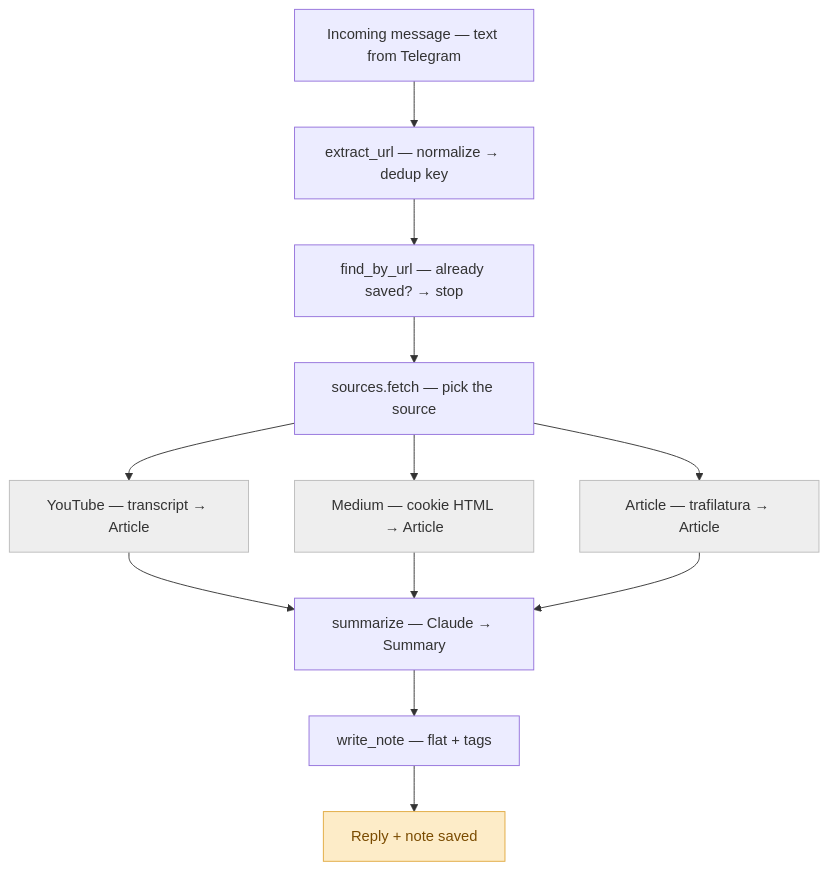
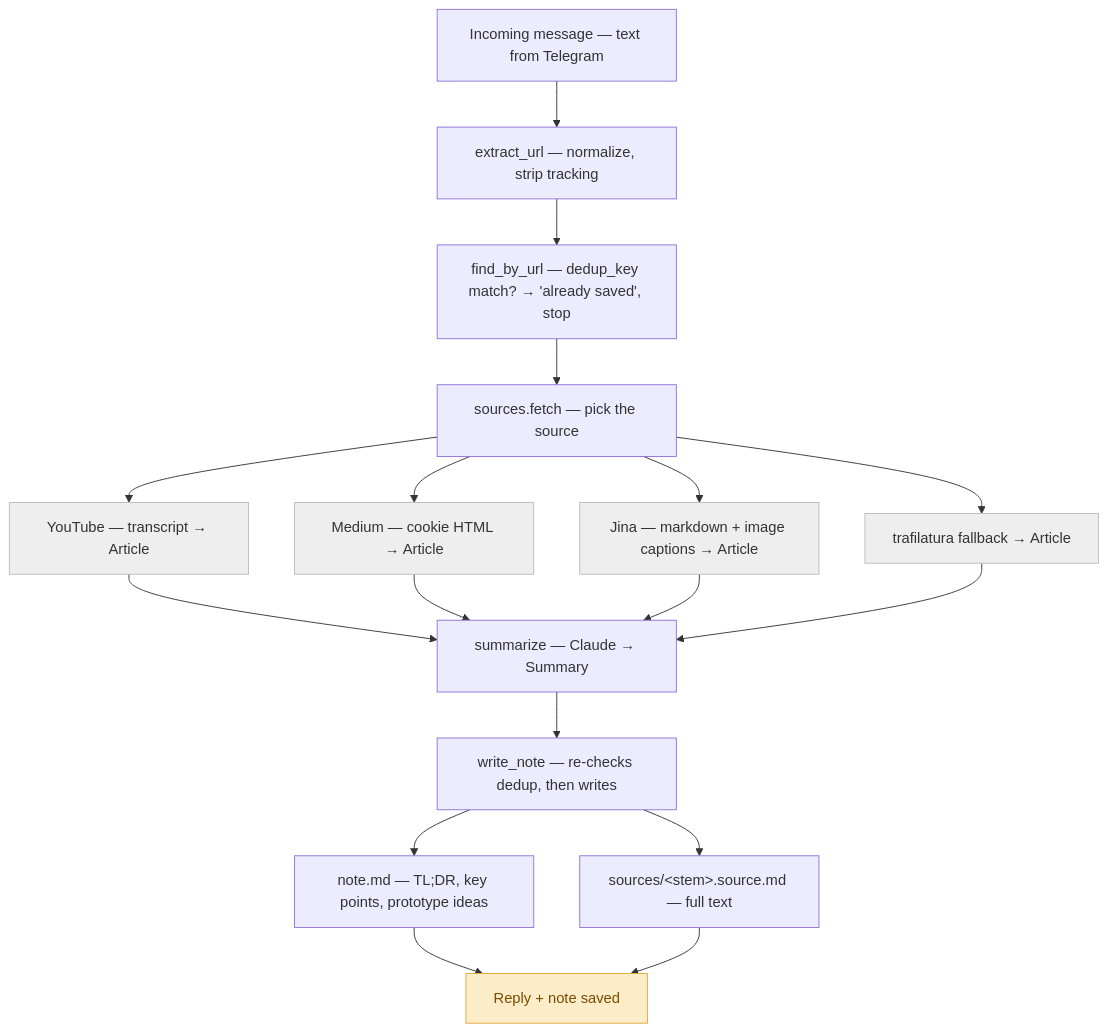
One commit to rhuanca/example-second-brain changed the second of 3 diagrams in README.md. Above: the diagram before and after it, drawn with Mermaid. The commit also changed other lines of this file and 3 other files, not shown here.

First line of the commit message:
docs: rewrite the architecture for what the system actually is now

````diff
--- a/README.md
+++ b/README.md
@@ -196,19 +231,24 @@
 ```mermaid
 flowchart TD
-    msg["Incoming message — text from Telegram"] --> extract["extract_url — normalize → dedup key"]
-    extract --> dedup["find_by_url — already saved? → stop"]
+    msg["Incoming message — text from Telegram"] --> extract["extract_url — normalize, strip tracking"]
+    extract --> dedup["find_by_url — dedup_key match? → 'already saved', stop"]
     dedup --> dispatch["sources.fetch — pick the source"]
     dispatch --> yt["YouTube — transcript → Article"]
     dispatch --> md["Medium — cookie HTML → Article"]
-    dispatch --> art["Article — trafilatura → Article"]
+    dispatch --> jina["Jina — markdown + image captions → Article"]
+    dispatch --> art["trafilatura fallback → Article"]
     yt --> sum["summarize — Claude → Summary"]
     md --> sum
+    jina --> sum
     art --> sum
-    sum --> write["write_note — flat + tags"]
-    write --> done["Reply + note saved"]
+    sum --> write["write_note — re-checks dedup, then writes"]
+    write --> note["note.md — TL;DR, key points, prototype ideas"]
+    write --> archive["sources/&lt;stem&gt;.source.md — full text"]
+    note --> done["Reply + note saved"]
+    archive --> done
 
     classDef focal fill:#fdecc8,stroke:#e0a93f,color:#7a4b00;
     classDef ext fill:#eeeeee,stroke:#bbbbbb,color:#333333;
     class done focal;
-    class yt,md,art ext;
+    class yt,md,jina,art ext;
 ```
````
